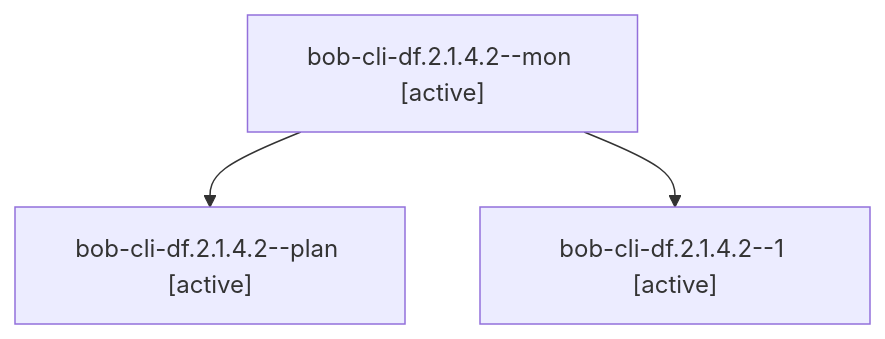
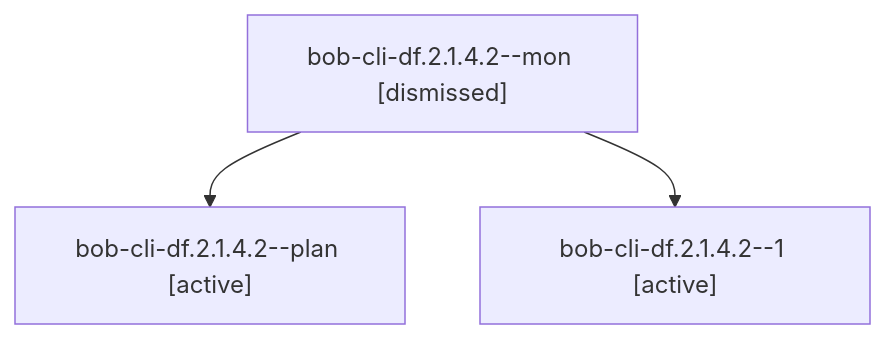
One commit to bobs-org/bob-cli--agents changed the diagram in sessions/bbugyi200.athena.bob-cli-df.2.1.4.2.md. Above: the diagram before and after it, drawn with Mermaid. The commit also changed other lines of this file and 117 other files, not shown here.

````diff
--- a/sessions/bbugyi200.athena.bob-cli-df.2.1.4.2.md
+++ b/sessions/bbugyi200.athena.bob-cli-df.2.1.4.2.md
@@ -9,8 +9,8 @@
 ```mermaid
 flowchart TD
-  n0["bob-cli-df.2.1.4.2--mon [active]"]
+  n0["bob-cli-df.2.1.4.2--mon [dismissed]"]
   n1["bob-cli-df.2.1.4.2--plan [active]"]
   n0 --> n1
   n2["bob-cli-df.2.1.4.2--1 [active]"]
   n0 --> n2
 ```
````
